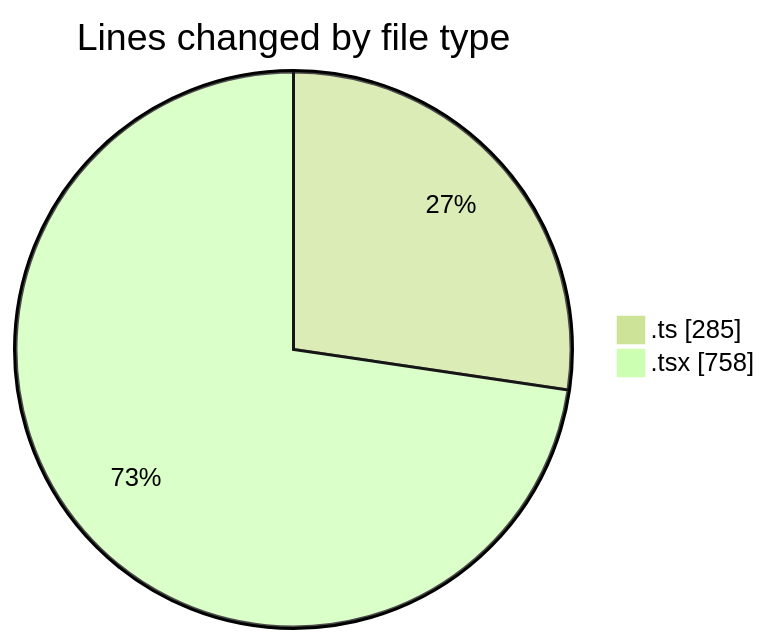
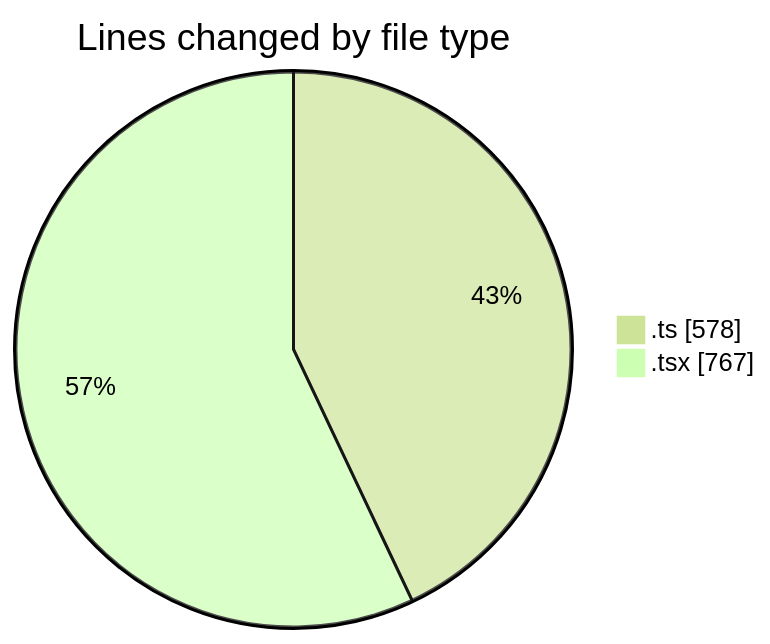
One commit to nxtqubesakshisongat/code-tracking changed the first of 2 diagrams in 2026-08-21/nxtqube_webapp/README.md. Above: the diagram before and after it, drawn with Mermaid (forest theme). The commit also changed other lines of this file and 1 other file, not shown here.

````diff
--- a/2026-08-21/nxtqube_webapp/README.md
+++ b/2026-08-21/nxtqube_webapp/README.md
@@ -25,6 +27,6 @@
 ```mermaid
 pie showData
 title Lines changed by file type
-".ts" : 285
-".tsx" : 758
+".ts" : 578
+".tsx" : 767
 ```
````
